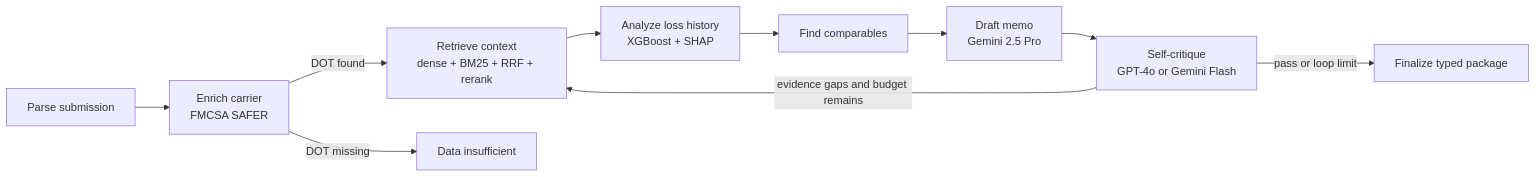
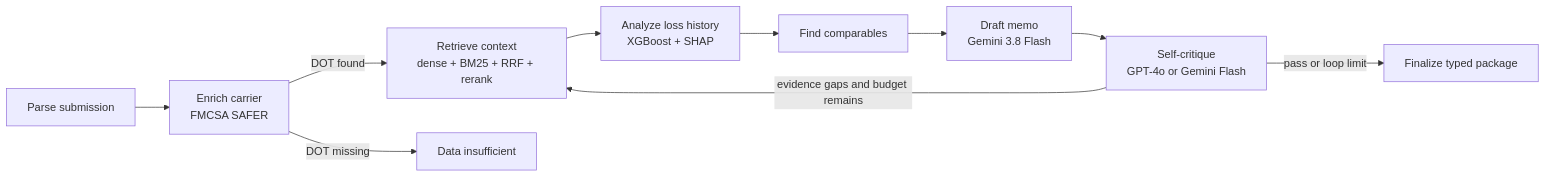
The first of 2 diagrams in README.md (Juliorodrigo23/hartford-uw-copilot), drawn with Mermaid before and after one commit. The commit also changed other lines of this file and 43 other files, not shown here.

````diff
--- a/README.md
+++ b/README.md
@@ -28,12 +28,12 @@
 ```mermaid
 flowchart LR
     A["Parse submission"] --> B["Enrich carrier<br/>FMCSA SAFER"]
     B -->|DOT found| C["Retrieve context<br/>dense + BM25 + RRF + rerank"]
     B -->|DOT missing| X["Data insufficient"]
     C --> D["Analyze loss history<br/>XGBoost + SHAP"]
     D --> E["Find comparables"]
-    E --> F["Draft memo<br/>Gemini 2.5 Pro"]
+    E --> F["Draft memo<br/>Gemini 3.8 Flash"]
     F --> G["Self-critique<br/>GPT-4o or Gemini Flash"]
     G -->|evidence gaps and budget remains| C
     G -->|pass or loop limit| H["Finalize typed package"]
 ```
````
